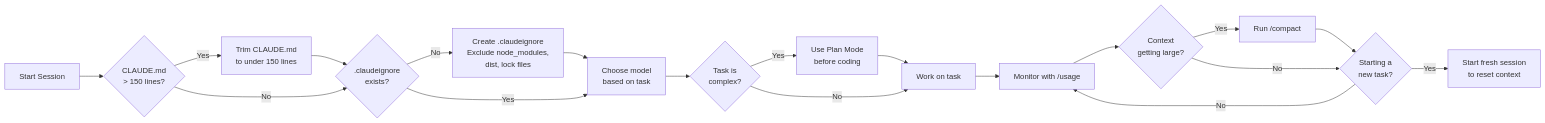
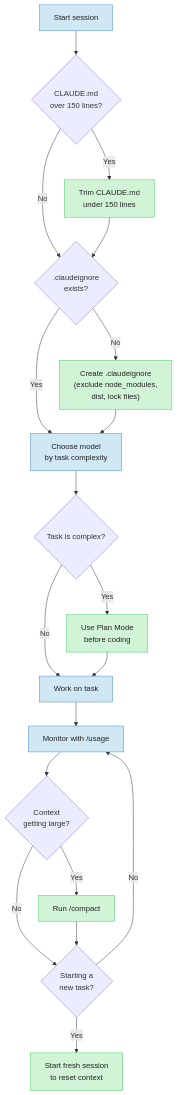
The third of 5 diagrams in guides/diagrams.md (Sagargupta16/claude-cost-optimizer), drawn with Mermaid before and after one commit. The commit also changed other lines of this file and 35 other files, not shown here.

First line of the commit message:
feat: add Opus 4.7, Mythos Preview, fix diagrams and factual corrections

````diff
--- a/guides/diagrams.md
+++ b/guides/diagrams.md
@@ -49,21 +103,28 @@
 ```mermaid
-flowchart LR
-    A[Start Session] --> B{CLAUDE.md\n> 150 lines?}
-    B -- Yes --> C[Trim CLAUDE.md\nto under 150 lines]
-    C --> D
-    B -- No --> D{.claudeignore\nexists?}
-    D -- No --> E[Create .claudeignore\nExclude node_modules,\ndist, lock files]
-    E --> F
-    D -- Yes --> F[Choose model\nbased on task]
-    F --> G{Task is\ncomplex?}
-    G -- Yes --> H[Use Plan Mode\nbefore coding]
-    H --> I
-    G -- No --> I[Work on task]
-    I --> J[Monitor with /usage]
-    J --> K{Context\ngetting large?}
-    K -- Yes --> L[Run /compact]
-    L --> M
-    K -- No --> M{Starting a\nnew task?}
-    M -- Yes --> N[Start fresh session\nto reset context]
+flowchart TD
+    A[Start session] --> B{"CLAUDE.md<br/>over 150 lines?"}
+    B -- Yes --> C["Trim CLAUDE.md<br/>under 150 lines"]
+    B -- No --> D
+    C --> D{".claudeignore<br/>exists?"}
+    D -- No --> E["Create .claudeignore<br/>(exclude node_modules,<br/>dist, lock files)"]
+    D -- Yes --> F
+    E --> F["Choose model<br/>by task complexity"]
+    F --> G{"Task is complex?"}
+    G -- Yes --> H["Use Plan Mode<br/>before coding"]
+    G -- No --> I
+    H --> I["Work on task"]
+    I --> J["Monitor with /usage"]
+    J --> K{"Context<br/>getting large?"}
+    K -- Yes --> L["Run /compact"]
+    K -- No --> M
+    L --> M{"Starting a<br/>new task?"}
+    M -- Yes --> N["Start fresh session<br/>to reset context"]
     M -- No --> J
+
+    classDef action fill:#d0f4d5,stroke:#4ac96a,color:#222
+    classDef warn fill:#f4ead0,stroke:#c9a84a,color:#222
+    classDef check fill:#d0e8f4,stroke:#4a8ac9,color:#222
+
+    class A,F,I,J check
+    class C,E,H,L,N action
 ```
````
